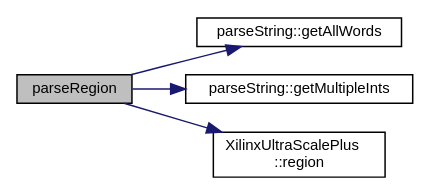
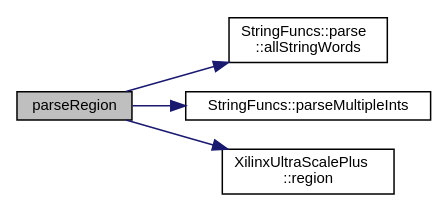
One commit to FPGA-Research-Manchester/byteman changed the diagram in byteman_8cpp_a65e06ace3e66b81b8ec14ec72dae1830_cgraph.dot. Above: the diagram before and after it, drawn with Graphviz. The commit also changed 1465 other files, not shown here.

```diff
--- a/byteman_8cpp_a65e06ace3e66b81b8ec14ec72dae1830_cgraph.dot
+++ b/byteman_8cpp_a65e06ace3e66b81b8ec14ec72dae1830_cgraph.dot
@@ -1,15 +1,15 @@
 digraph "parseRegion"
 {
  // INTERACTIVE_SVG=YES
  // LATEX_PDF_SIZE
   edge [fontname="Helvetica",fontsize="10",labelfontname="Helvetica",labelfontsize="10"];
   node [fontname="Helvetica",fontsize="10",shape=record];
   rankdir="LR";
   Node1 [label="parseRegion",height=0.2,width=0.4,color="black", fillcolor="grey75", style="filled", fontcolor="black",tooltip=" "];
   Node1 -> Node2 [color="midnightblue",fontsize="10",style="solid",fontname="Helvetica"];
-  Node2 [label="parseString::getAllWords",height=0.2,width=0.4,color="black", fillcolor="white", style="filled",URL="$namespaceparseString.html#a75a5ff436adf2f18ea551bd79f7a55a0",tooltip=" "];
+  Node2 [label="StringFuncs::parse\l::allStringWords",height=0.2,width=0.4,color="black", fillcolor="white", style="filled",URL="$namespaceStringFuncs_1_1parse.html#aca49dfabfcccdb107bf1769a2ced8d7f",tooltip=" "];
   Node1 -> Node3 [color="midnightblue",fontsize="10",style="solid",fontname="Helvetica"];
-  Node3 [label="parseString::getMultipleInts",height=0.2,width=0.4,color="black", fillcolor="white", style="filled",URL="$namespaceparseString.html#ac06596f0fa8d4218207a451019f59df4",tooltip=" "];
+  Node3 [label="StringFuncs::parseMultipleInts",height=0.2,width=0.4,color="black", fillcolor="white", style="filled",URL="$namespaceStringFuncs.html#a7e1cc9be2328b6006a110bc9d306785e",tooltip=" "];
   Node1 -> Node4 [color="midnightblue",fontsize="10",style="solid",fontname="Helvetica"];
-  Node4 [label="XilinxUltraScalePlus\l::region",height=0.2,width=0.4,color="black", fillcolor="white", style="filled",URL="$classXilinxUltraScalePlus.html#ab0f4022be98e6a142e5a9331e7ed79ea",tooltip=" "];
+  Node4 [label="XilinxUltraScalePlus\l::region",height=0.2,width=0.4,color="black", fillcolor="white", style="filled",URL="$classXilinxUltraScalePlus.html#aeaa1272eca9c535fffd230ff20f871ab",tooltip=" "];
 }
```
